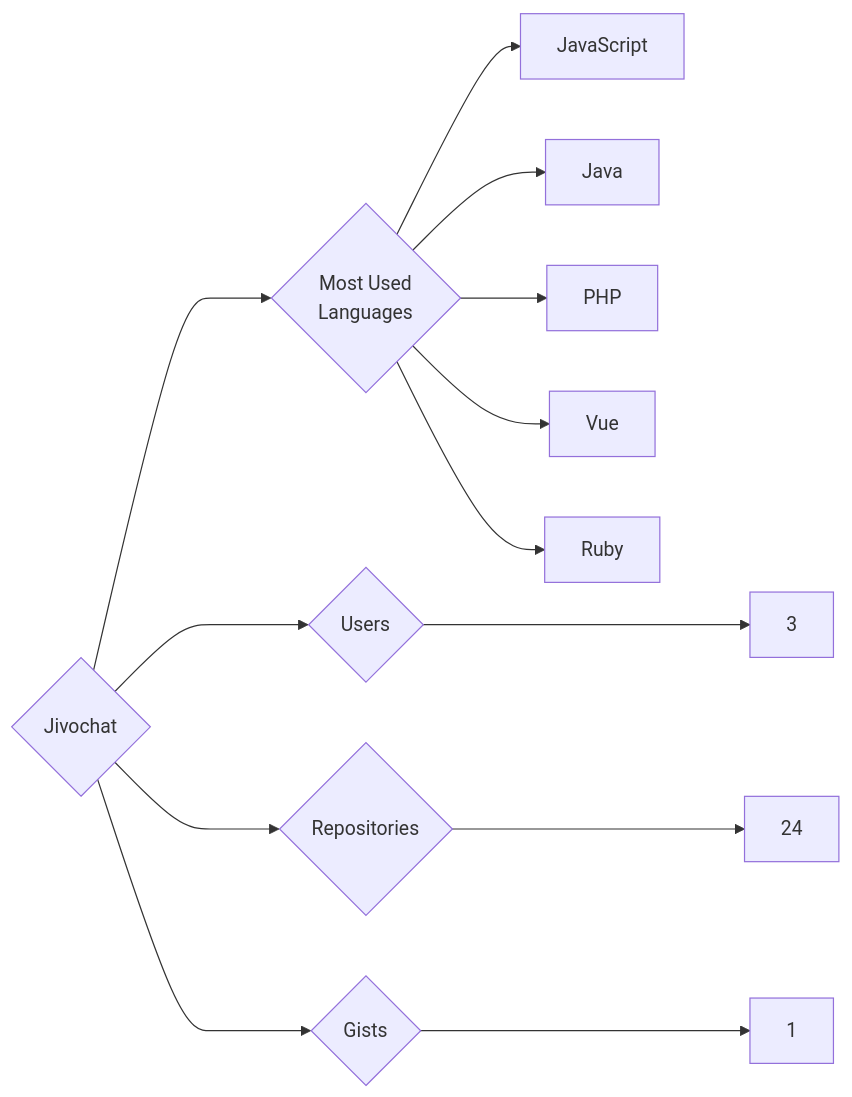
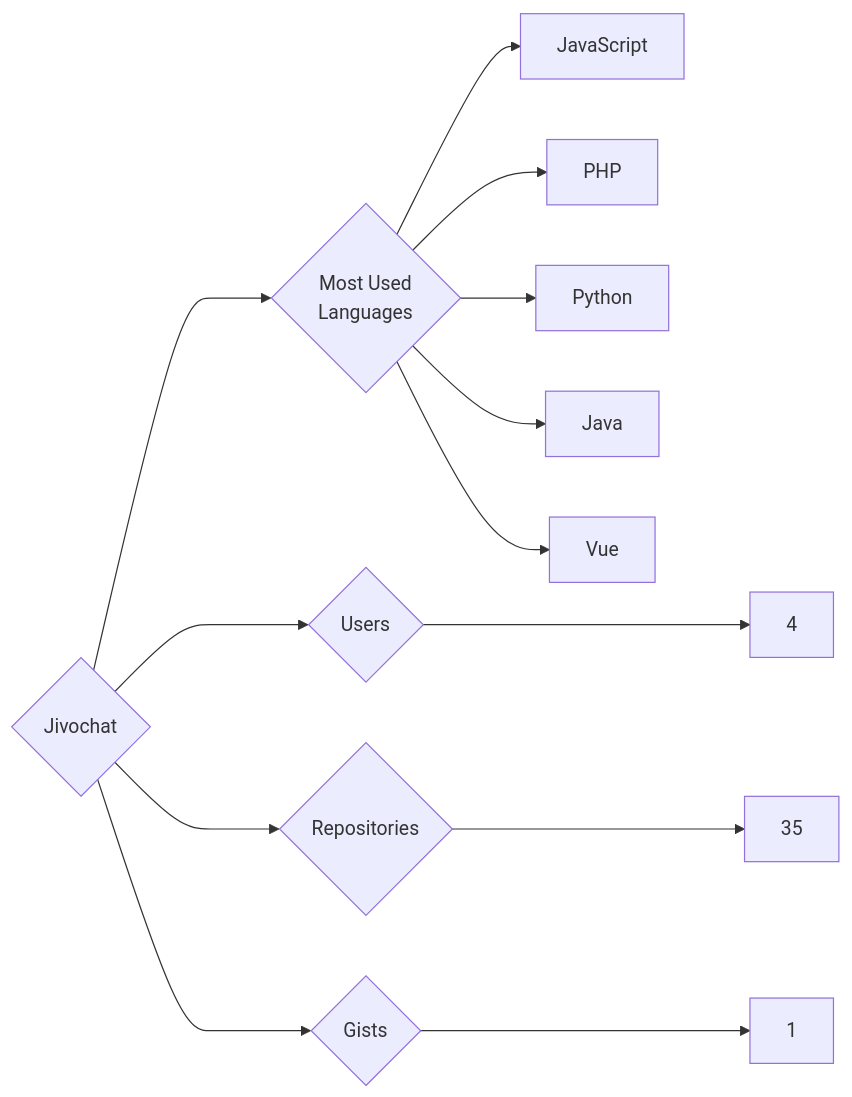
One commit to trickest/insiders changed the diagram in targets/Jivochat/README.md. Above: the diagram before and after it, drawn with Mermaid. The commit also changed 1084 other files, not shown here.

````diff
--- a/targets/Jivochat/README.md
+++ b/targets/Jivochat/README.md
@@ -3,13 +3,13 @@
 ```mermaid
 graph LR
 COMPANY_NAME{Jivochat}
-COMPANY_NAME ---> U{Users} ---> UN[3]
-COMPANY_NAME ---> R{Repositories} ---> RN[24]
+COMPANY_NAME ---> U{Users} ---> UN[4]
+COMPANY_NAME ---> R{Repositories} ---> RN[35]
 COMPANY_NAME ---> G{Gists} ---> GN[1]
 COMPANY_NAME ---> ML{Most Used<br>Languages}
 ML --> JavaScript[JavaScript]
+ML --> PHP[PHP]
+ML --> Python[Python]
 ML --> Java[Java]
-ML --> PHP[PHP]
 ML --> Vue[Vue]
-ML --> Ruby[Ruby]
 ```
````
